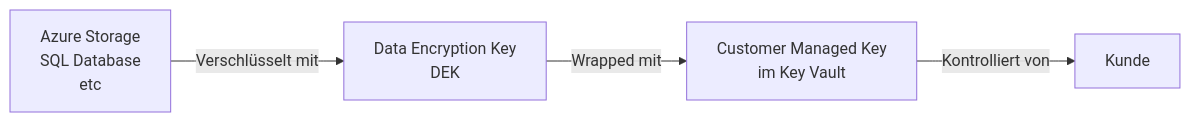
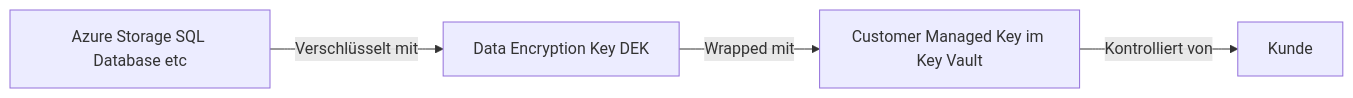
One commit to SoniiiT/notes-n-docs changed the fifth of 5 diagrams in Microsoft 365/Azure/Identität und Schlüssel/Azure Key Vault.md. Above: the diagram before and after it, drawn with Mermaid. The commit also changed other lines of this file and 124 other files, not shown here.

First line of the commit message:
fix: Entferne \n aus allen Mermaid-Diagrammen (125 Dateien)

````diff
--- a/Microsoft 365/Azure/Identität und Schlüssel/Azure Key Vault.md
+++ b/Microsoft 365/Azure/Identität und Schlüssel/Azure Key Vault.md
@@ -331,6 +331,6 @@
 ```mermaid
 graph LR
-    DATA[Azure Storage\nSQL Database\netc] -->|Verschlüsselt mit| DEK[Data Encryption Key\nDEK]
-    DEK -->|Wrapped mit| CMK[Customer Managed Key\nim Key Vault]
+    DATA[Azure Storage SQL Database etc] -->|Verschlüsselt mit| DEK[Data Encryption Key DEK]
+    DEK -->|Wrapped mit| CMK[Customer Managed Key im Key Vault]
     CMK -->|Kontrolliert von| CUSTOMER[Kunde]
 ```
````
